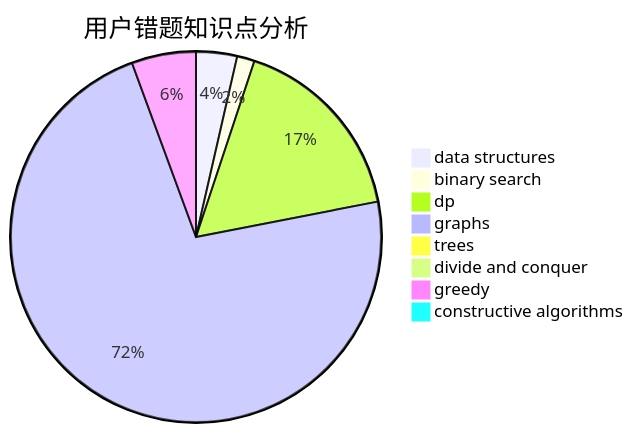
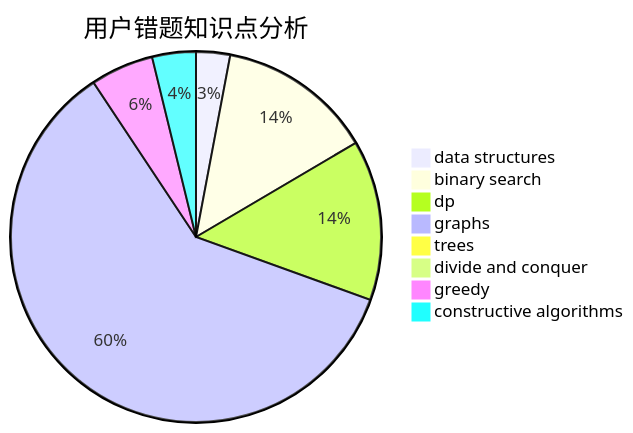
The third of 3 diagrams in docs/user/u2326.md (sherpahu/cfrs.github.io), drawn with Mermaid before and after one commit. The commit also changed other lines of this file and 2770 other files, not shown here.

````diff
--- a/docs/user/u2326.md
+++ b/docs/user/u2326.md
@@ -36,11 +36,11 @@
 ```mermaid
 pie title 用户错题知识点分析
     "data structures" :  14
-    "binary search" :  6
+    "binary search" :  64
     "dp" :  66
     "graphs" :  284
     "trees" :  0
     "divide and conquer" :  0
-    "greedy" :  22
-    "constructive algorithms" :  2
+    "greedy" :  26
+    "constructive algorithms" :  18
 ```
````
